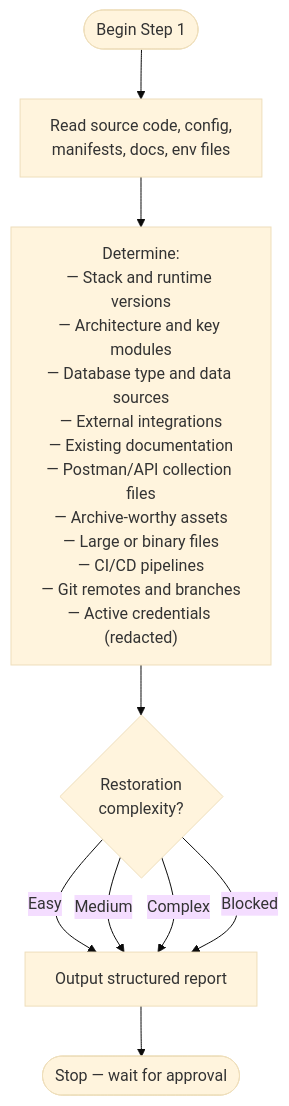
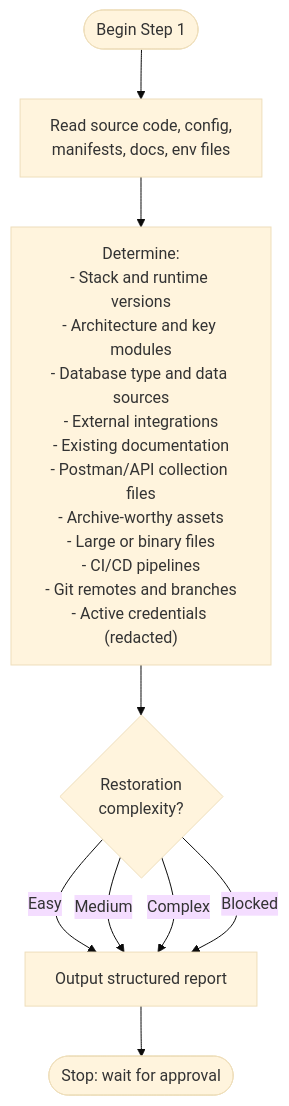
Before and after one commit to myowinthein/agent-helm: the diagram in docs/commands/archive/1-explore.md, drawn with Mermaid (base theme). The commit also changed other lines of this file and 19 other files, not shown here.

````diff
--- a/docs/commands/archive/1-explore.md
+++ b/docs/commands/archive/1-explore.md
@@ -14,14 +14,14 @@
 ```mermaid
 flowchart TD
   Start([Begin Step 1]) --> ReadCode[Read source code, config,\nmanifests, docs, env files]
 
-  ReadCode --> Gather["Determine:\n— Stack and runtime versions\n— Architecture and key modules\n— Database type and data sources\n— External integrations\n— Existing documentation\n— Postman/API collection files\n— Archive-worthy assets\n— Large or binary files\n— CI/CD pipelines\n— Git remotes and branches\n— Active credentials (redacted)"]
+  ReadCode --> Gather["Determine:\n- Stack and runtime versions\n- Architecture and key modules\n- Database type and data sources\n- External integrations\n- Existing documentation\n- Postman/API collection files\n- Archive-worthy assets\n- Large or binary files\n- CI/CD pipelines\n- Git remotes and branches\n- Active credentials (redacted)"]
 
   Gather --> Complexity{Restoration\ncomplexity?}
   Complexity -->|Easy| Report
   Complexity -->|Medium| Report
   Complexity -->|Complex| Report
   Complexity -->|Blocked| Report
 
-  Report[Output structured report] --> Stop([Stop — wait for approval])
+  Report[Output structured report] --> Stop([Stop: wait for approval])
 ```
````
